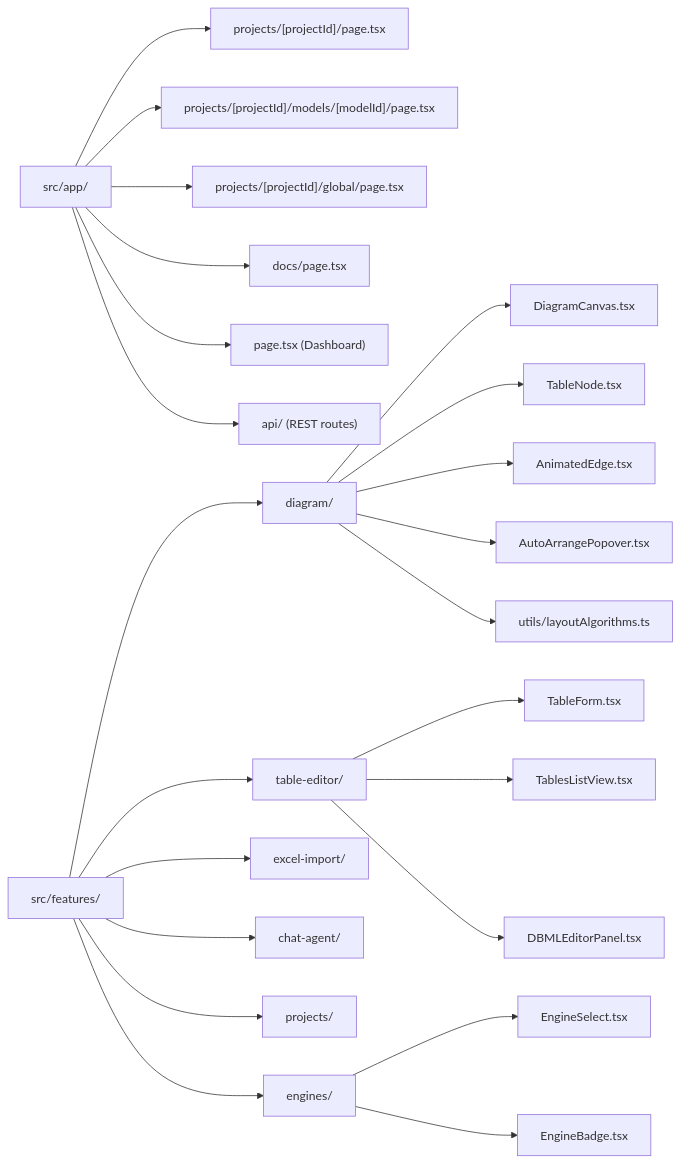
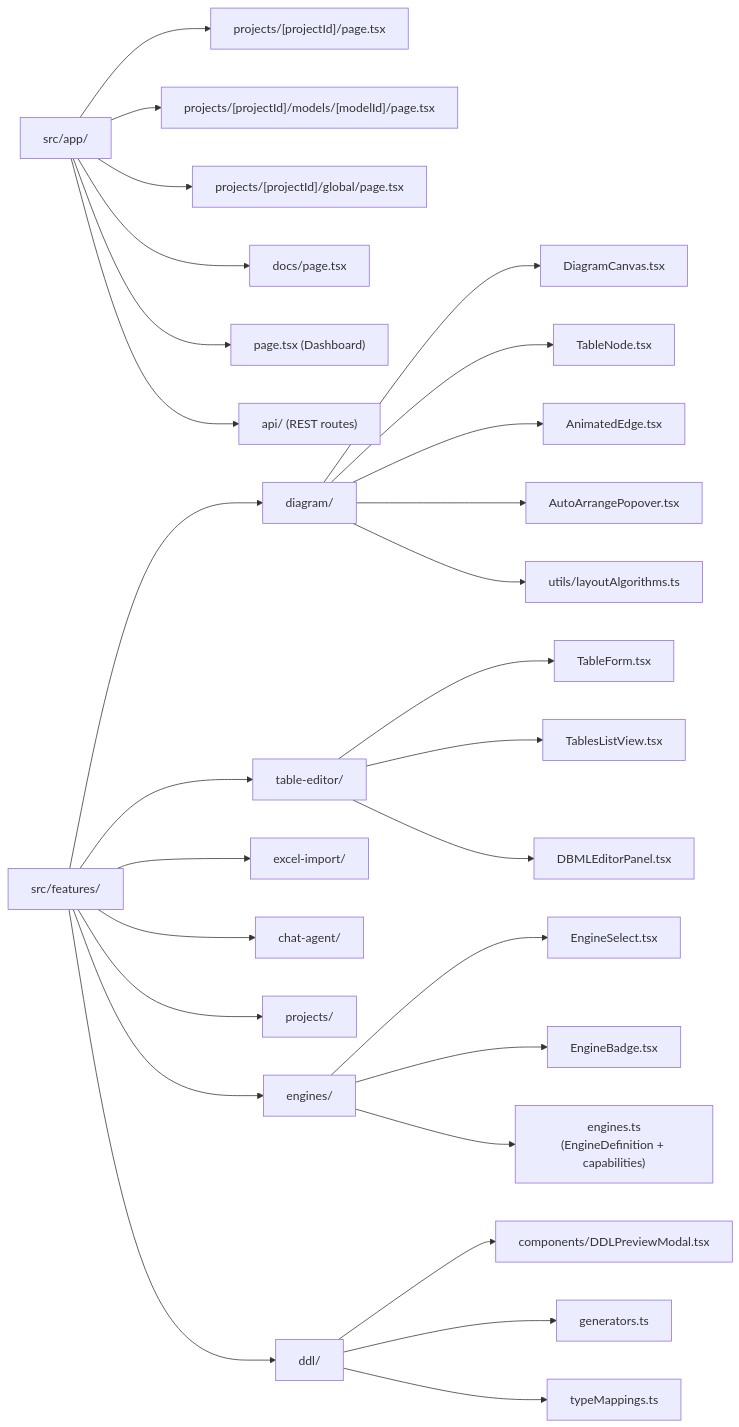
One commit to Carlosmps97/web-data-model-hub changed the second of 3 diagrams in doc/architecture.md. Above: the diagram before and after it, drawn with Mermaid. The commit also changed other lines of this file and 21 other files, not shown here.

````diff
--- a/doc/architecture.md
+++ b/doc/architecture.md
@@ -41,32 +41,38 @@
 ```mermaid
 graph LR
     App["src/app/"]
     Features["src/features/"]
 
     App --> Projects["projects/[projectId]/page.tsx"]
     App --> Models["projects/[projectId]/models/[modelId]/page.tsx"]
     App --> Global["projects/[projectId]/global/page.tsx"]
     App --> Docs["docs/page.tsx"]
     App --> Dashboard["page.tsx (Dashboard)"]
     App --> API["api/ (REST routes)"]
 
     Features --> Diagram["diagram/"]
     Features --> TableEditor["table-editor/"]
     Features --> ExcelImport["excel-import/"]
     Features --> Chat["chat-agent/"]
     Features --> ProjectsMgmt["projects/"]
     Features --> Engines["engines/"]
+    Features --> DDL["ddl/"]
 
     Diagram --> DC["DiagramCanvas.tsx"]
     Diagram --> TN["TableNode.tsx"]
     Diagram --> AE["AnimatedEdge.tsx"]
     Diagram --> AAP["AutoArrangePopover.tsx"]
     Diagram --> LA["utils/layoutAlgorithms.ts"]
 
     TableEditor --> TF["TableForm.tsx"]
     TableEditor --> LV["TablesListView.tsx"]
     TableEditor --> DBML["DBMLEditorPanel.tsx"]
 
     Engines --> ES["EngineSelect.tsx"]
     Engines --> EB["EngineBadge.tsx"]
+    Engines --> EE["engines.ts\n(EngineDefinition + capabilities)"]
+
+    DDL --> DPM["components/DDLPreviewModal.tsx"]
+    DDL --> GEN["generators.ts"]
+    DDL --> TM["typeMappings.ts"]
 ```
````
